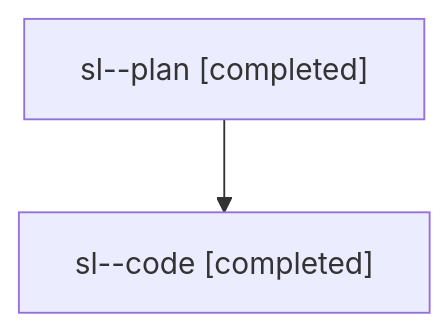
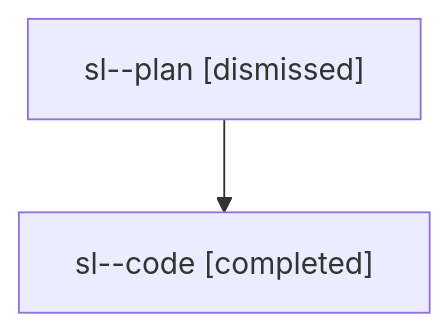
One commit to sase-org/sase--agents changed the diagram in families/bbugyi200.athena.sl.md. Above: the diagram before and after it, drawn with Mermaid. The commit also changed other lines of this file and 5813 other files, not shown here.

````diff
--- a/families/bbugyi200.athena.sl.md
+++ b/families/bbugyi200.athena.sl.md
@@ -9,6 +9,6 @@
 ```mermaid
 flowchart TD
-  n0["sl--plan [completed]"]
+  n0["sl--plan [dismissed]"]
   n1["sl--code [completed]"]
   n0 --> n1
 ```
````
